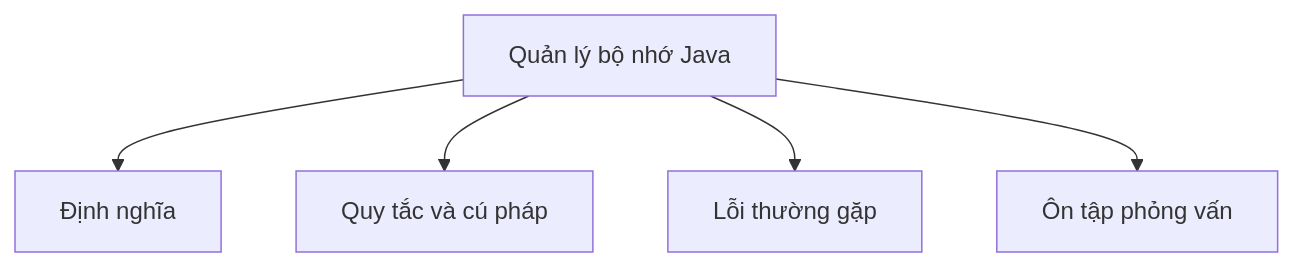
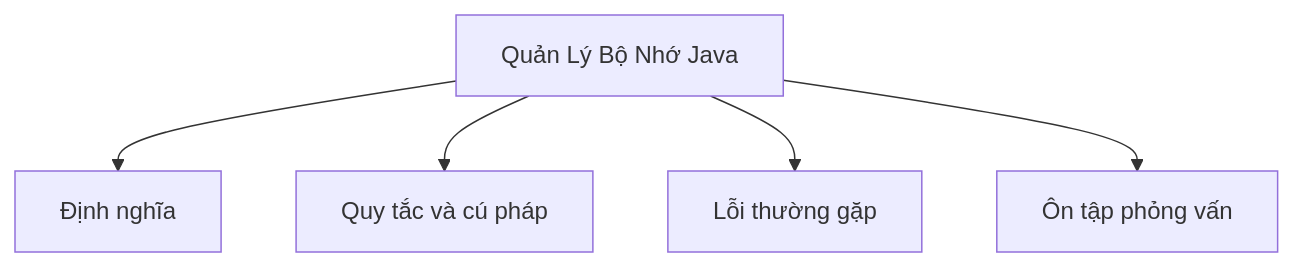
One commit to PhuThien2005/theoretical-of-java-core changed the diagram in vi/13-memory-management/README.md. Above: the diagram before and after it, drawn with Mermaid. The commit also changed other lines of this file and 229 other files, not shown here.

````diff
--- a/vi/13-memory-management/README.md
+++ b/vi/13-memory-management/README.md
@@ -56,7 +56,7 @@
 ```mermaid
 flowchart TD
-    A[Quản lý bộ nhớ Java] --> B[Định nghĩa]
+    A[Quản Lý Bộ Nhớ Java] --> B[Định nghĩa]
     A --> C[Quy tắc và cú pháp]
     A --> D[Lỗi thường gặp]
     A --> E[Ôn tập phỏng vấn]
 ```
````
